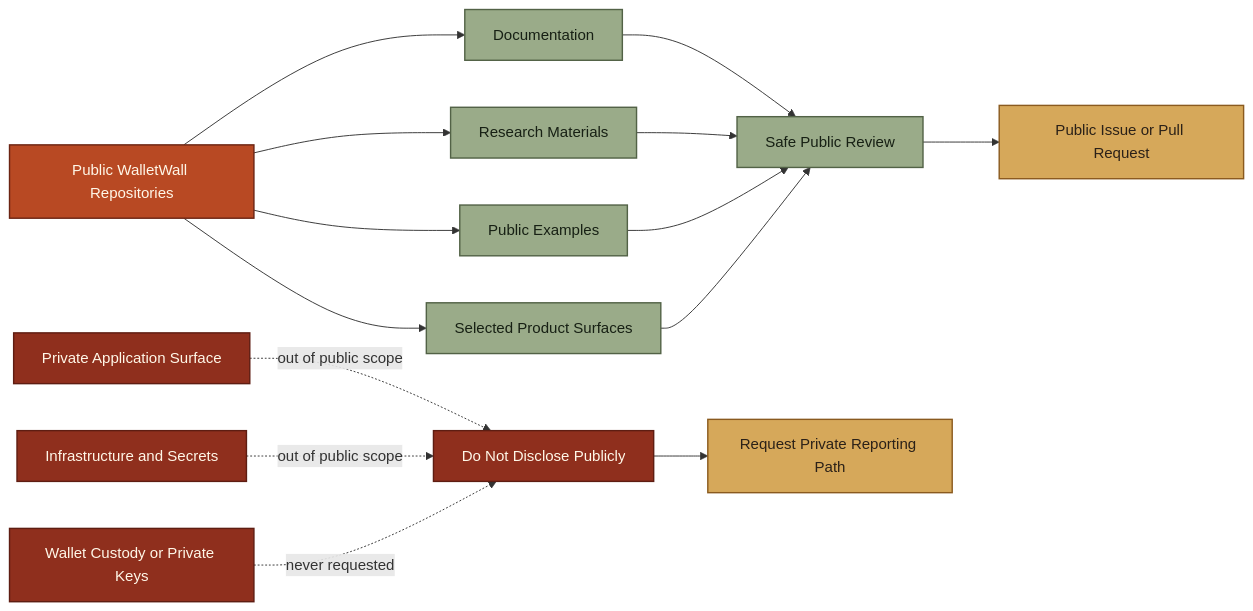
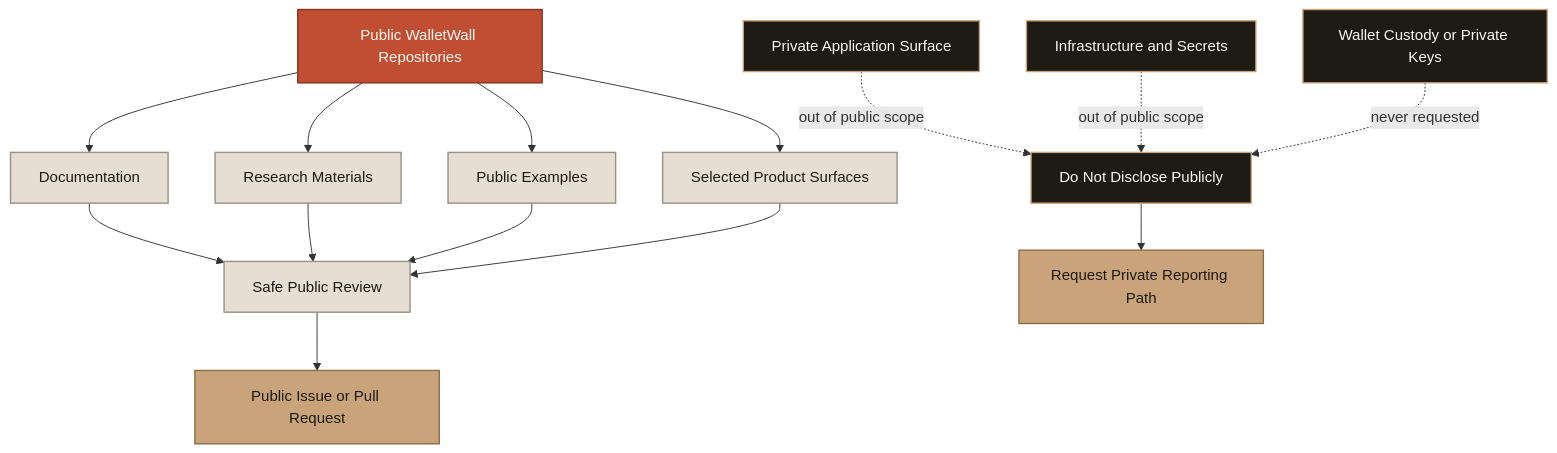
Before and after one commit to Wallet-Wall/.github: the diagram in SECURITY.md, drawn with Mermaid. The commit also changed 2 other files, not shown here.

Commit message:
docs: standardize Mermaid diagram palette

````diff
--- a/SECURITY.md
+++ b/SECURITY.md
@@ -14,35 +14,35 @@
 ```mermaid
-flowchart LR
+flowchart TD
     public[Public WalletWall Repositories]
 
     public --> docs[Documentation]
     public --> research[Research Materials]
     public --> examples[Public Examples]
     public --> surfaces[Selected Product Surfaces]
 
     docs --> safe[Safe Public Review]
     research --> safe
     examples --> safe
     surfaces --> safe
 
     private[Private Application Surface]
     infra[Infrastructure and Secrets]
     custody[Wallet Custody or Private Keys]
 
     private -. out of public scope .-> restricted[Do Not Disclose Publicly]
     infra -. out of public scope .-> restricted
     custody -. never requested .-> restricted
 
     safe --> report[Public Issue or Pull Request]
     restricted --> privatePath[Request Private Reporting Path]
 
-    classDef publicScope fill:#B84923,stroke:#6B2412,color:#FFF7E8,stroke-width:1.5px;
-    classDef safeScope fill:#9AAB89,stroke:#526246,color:#172014,stroke-width:1.5px;
-    classDef restrictedScope fill:#8F2F1D,stroke:#5E1D12,color:#FFF7E8,stroke-width:1.5px;
-    classDef action fill:#D6A85A,stroke:#8A5A1F,color:#2B2118,stroke-width:1.5px;
+    classDef publicScope fill:#BF4E32,stroke:#8B3120,color:#FAF8F3,stroke-width:1.5px;
+    classDef safeScope fill:#E6DED2,stroke:#9A9186,color:#1E1A14,stroke-width:1.5px;
+    classDef restrictedScope fill:#1E1A14,stroke:#C9A47A,color:#FAF8F3,stroke-width:1.5px;
+    classDef action fill:#C9A47A,stroke:#8B6F47,color:#1E1A14,stroke-width:1.5px;
 
     class public publicScope
     class docs,research,examples,surfaces,safe safeScope
     class private,infra,custody,restricted restrictedScope
     class report,privatePath action
 ```
````
